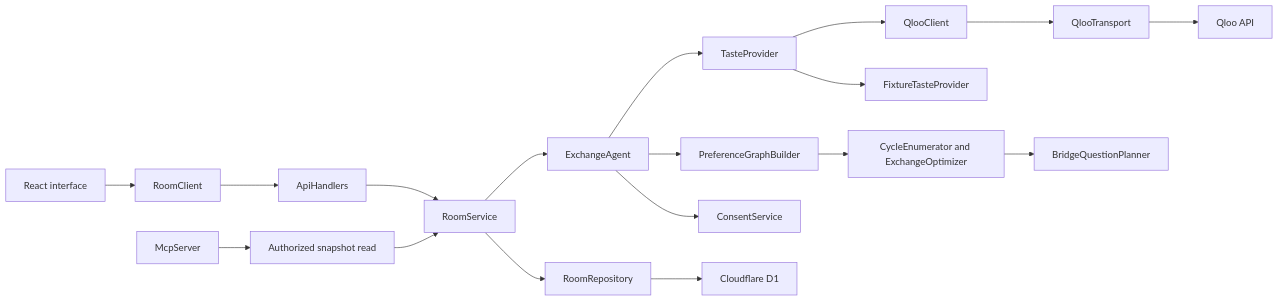
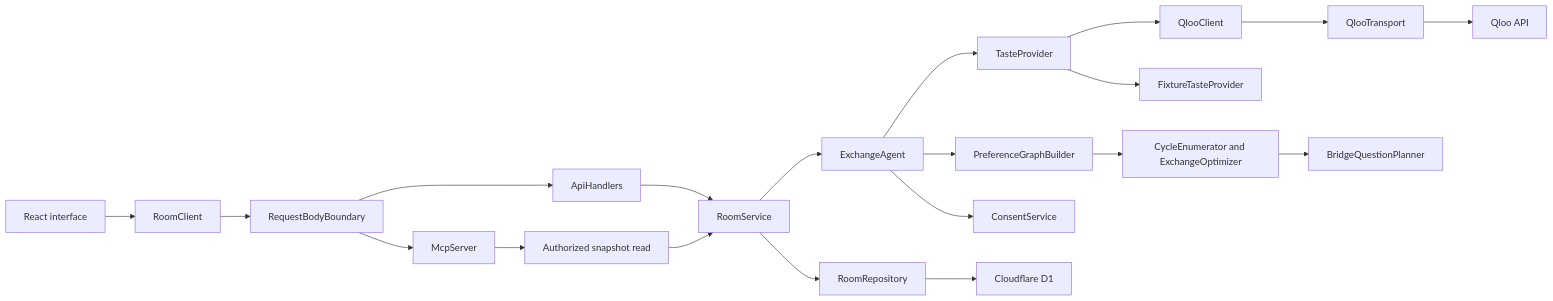
The diagram in docs/ARCHITECTURE.md (Abhinav0905/swapcircle), drawn with Mermaid before and after one commit. The commit also changed other lines of this file and 4 other files, not shown here.

````diff
--- a/docs/ARCHITECTURE.md
+++ b/docs/ARCHITECTURE.md
@@ -7,20 +7,22 @@
 ```mermaid
 flowchart LR
     UI[React interface] --> Client[RoomClient]
-    Client --> HTTP[ApiHandlers]
+    Client --> Body[RequestBodyBoundary]
+    Body --> HTTP[ApiHandlers]
+    Body --> MCP
     HTTP --> Service[RoomService]
     Service --> Agent[ExchangeAgent]
     Agent --> Provider[TasteProvider]
     Provider --> Qloo[QlooClient]
     Provider --> Sample[FixtureTasteProvider]
     Qloo --> Transport[QlooTransport]
     Transport --> API[Qloo API]
     Agent --> Graph[PreferenceGraphBuilder]
     Graph --> Solver[CycleEnumerator and ExchangeOptimizer]
     Solver --> Question[BridgeQuestionPlanner]
     Agent --> Consent[ConsentService]
     Service --> Repo[RoomRepository]
     Repo --> DB[Cloudflare D1]
     MCP[McpServer] --> Read[Authorized snapshot read]
     Read --> Service
 ```
````
